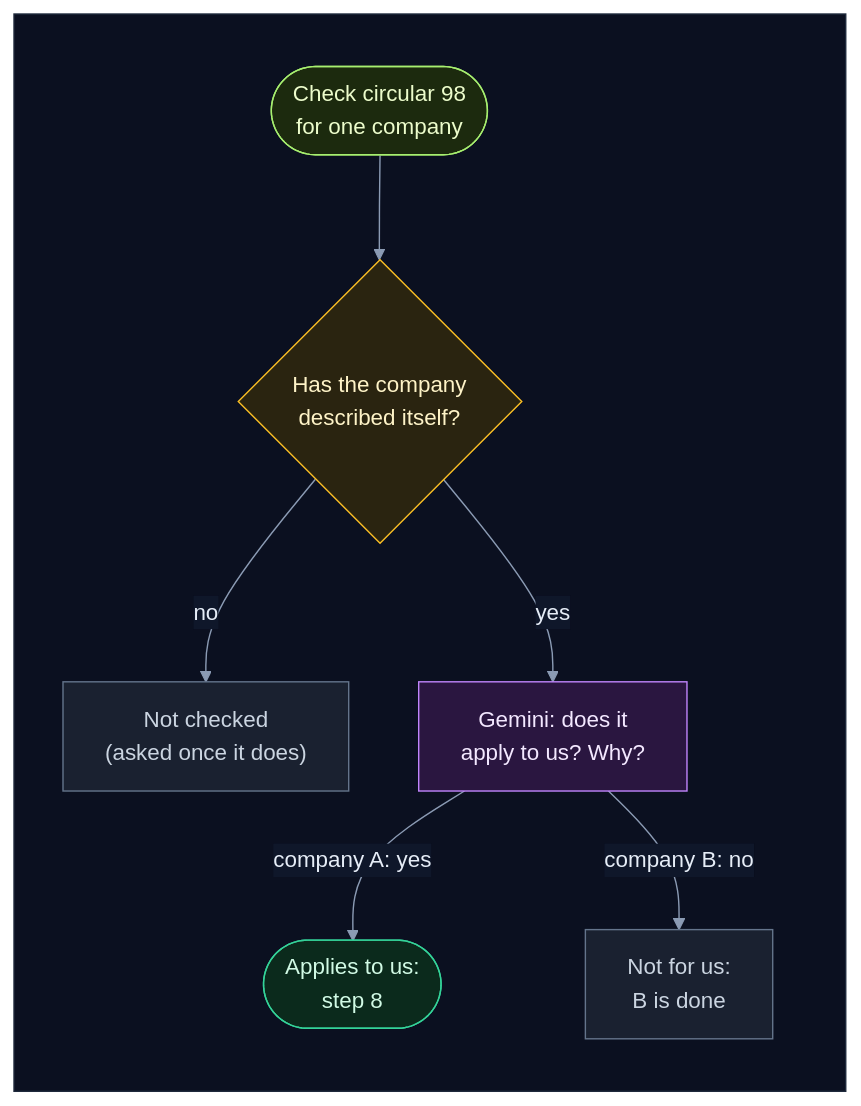
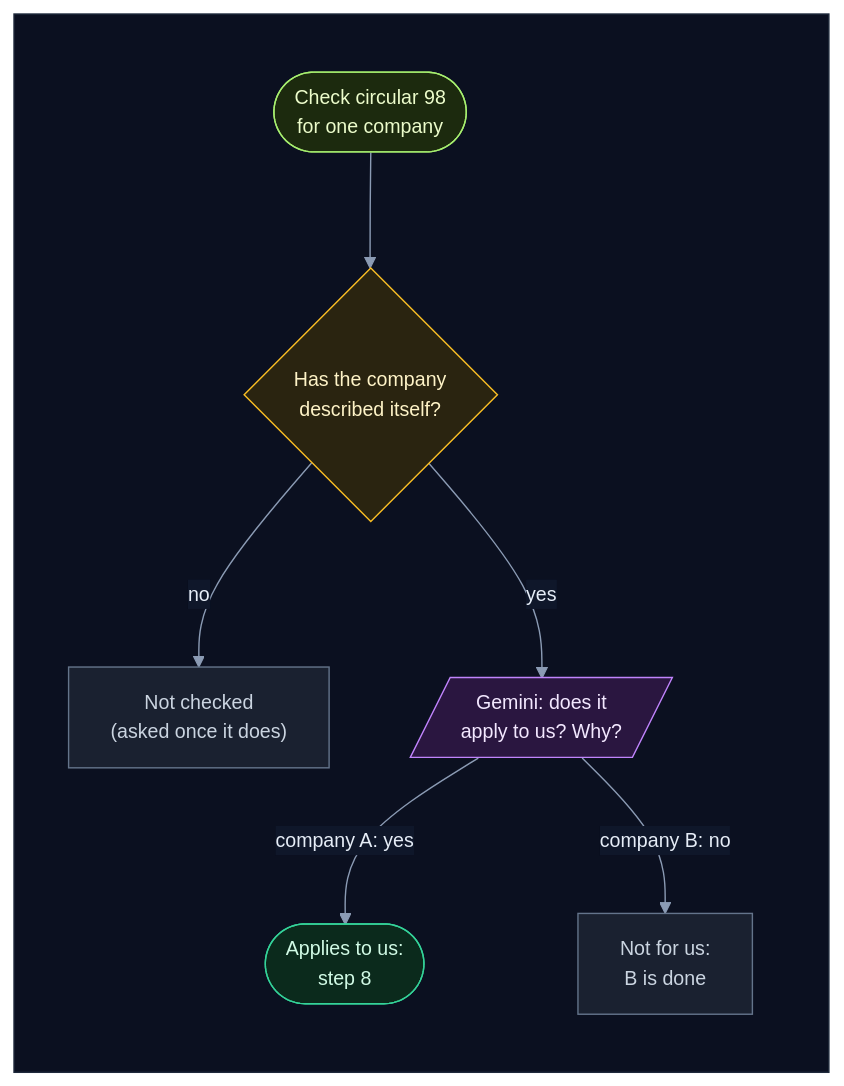
Diagram 12 of 57 in how_it_works.md (selvakumarperumal/Regulatory_Circular_Impact_Agent), drawn with Mermaid before and after one commit. The commit also changed other lines of this file and 5 other files, not shown here.

Commit message:
Give the docs' flowcharts a shape per kind of part, more room and slightly smaller text

````diff
--- a/how_it_works.md
+++ b/how_it_works.md
@@ -652,28 +652,28 @@
 ```mermaid
-%%{init: {"theme": "base", "flowchart": {"diagramPadding": 0}, "themeVariables": {"darkMode": true, "primaryColor": "#16213a", "primaryTextColor": "#e6edf7", "primaryBorderColor": "#475a7a", "lineColor": "#8b9bb4", "secondaryColor": "#1b2436", "tertiaryColor": "#101a2e", "edgeLabelBackground": "#0f172a", "textColor": "#e2e8f0", "clusterBkg": "#0f1728", "clusterBorder": "#2b3a55", "titleColor": "#c4b5fd", "nodeTextColor": "#e6edf7"}}}%%
+%%{init: {"theme": "base", "flowchart": {"diagramPadding": 0, "nodeSpacing": 58, "rankSpacing": 58, "curve": "basis"}, "themeVariables": {"fontSize": "14px", "darkMode": true, "primaryColor": "#16213a", "primaryTextColor": "#e6edf7", "primaryBorderColor": "#475a7a", "lineColor": "#8b9bb4", "secondaryColor": "#1b2436", "tertiaryColor": "#101a2e", "edgeLabelBackground": "#0f172a", "textColor": "#e2e8f0", "clusterBkg": "#0f1728", "clusterBorder": "#2b3a55", "titleColor": "#c4b5fd", "nodeTextColor": "#e6edf7"}}}%%
 flowchart TD
     subgraph canvas[" "]
         direction TB
         a(["Check circular 98<br/>for one company"]) --> p{"Has the company<br/>described itself?"}
         p -->|"no"| nc["Not checked<br/>(asked once it does)"]
-        p -->|"yes"| g["Gemini: does it<br/>apply to us? Why?"]
+        p -->|"yes"| g[/"Gemini: does it<br/>apply to us? Why?"/]
         g -->|"company A: yes"| yes(["Applies to us:<br/>step 8"])
         g -->|"company B: no"| nb["Not for us:<br/>B is done"]
     end
     classDef svc fill:#0e2a2c,stroke:#2dd4bf,color:#ccfbf1
     classDef data fill:#1c1a47,stroke:#818cf8,color:#e0e7ff
     classDef ext fill:#2a1640,stroke:#c084fc,color:#f3e8ff
     classDef gpu fill:#2d1b0c,stroke:#fb923c,color:#ffedd5
     classDef ask fill:#2a2410,stroke:#fbbf24,color:#fef3c7
     classDef ok fill:#0b2a1c,stroke:#34d399,color:#d1fae5
     classDef bad fill:#2e0f17,stroke:#fb7185,color:#ffe4e6
     classDef start fill:#1c2a0e,stroke:#a7ef6f,color:#ecfccb
     classDef muted fill:#1a2130,stroke:#64748b,color:#cbd5e1
     classDef queue fill:#0c2231,stroke:#38bdf8,color:#e0f2fe
     class a start
     class p ask
     class nc,nb muted
     class g ext
     class yes ok
     style canvas fill:#0b1020,stroke:#1e293b,color:#0b1020
 ```
````
